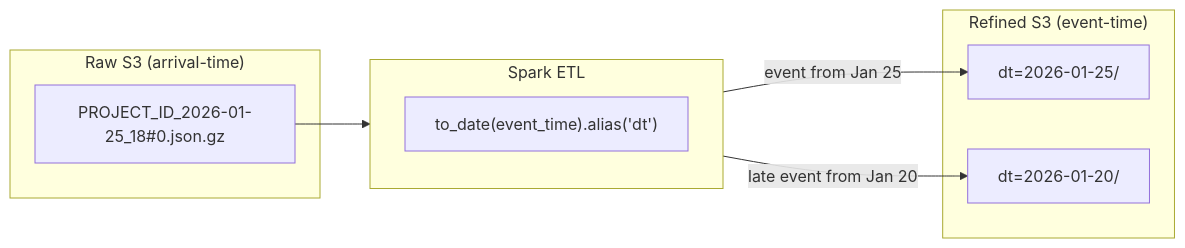
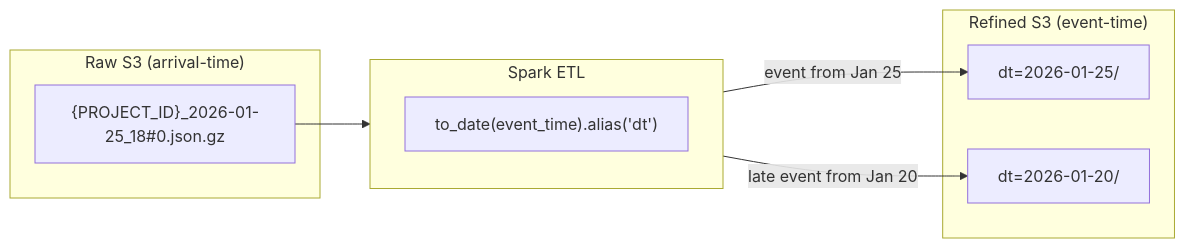
Before and after one commit to brandonwie/brandonwie.dev: the first of 2 diagrams in src/content/posts/en/backend/amplitude-etl-partitioning.md, drawn with Mermaid. The commit also changed other lines of this file and 6 other files, not shown here.

````diff
--- a/src/content/posts/en/backend/amplitude-etl-partitioning.md
+++ b/src/content/posts/en/backend/amplitude-etl-partitioning.md
@@ -102,19 +59,19 @@
 ```mermaid
 flowchart LR
     subgraph Raw["Raw S3 (arrival-time)"]
-        R1["PROJECT_ID_2026-01-25_18#0.json.gz"]
+        R1["{PROJECT_ID}_2026-01-25_18#0.json.gz"]
     end
 
     subgraph ETL["Spark ETL"]
         T["to_date(event_time).alias('dt')"]
     end
 
     subgraph Refined["Refined S3 (event-time)"]
         P1["dt=2026-01-25/"]
         P2["dt=2026-01-20/"]
     end
 
     R1 --> ETL
     ETL -->|"event from Jan 25"| P1
     ETL -->|"late event from Jan 20"| P2
 ```
````
